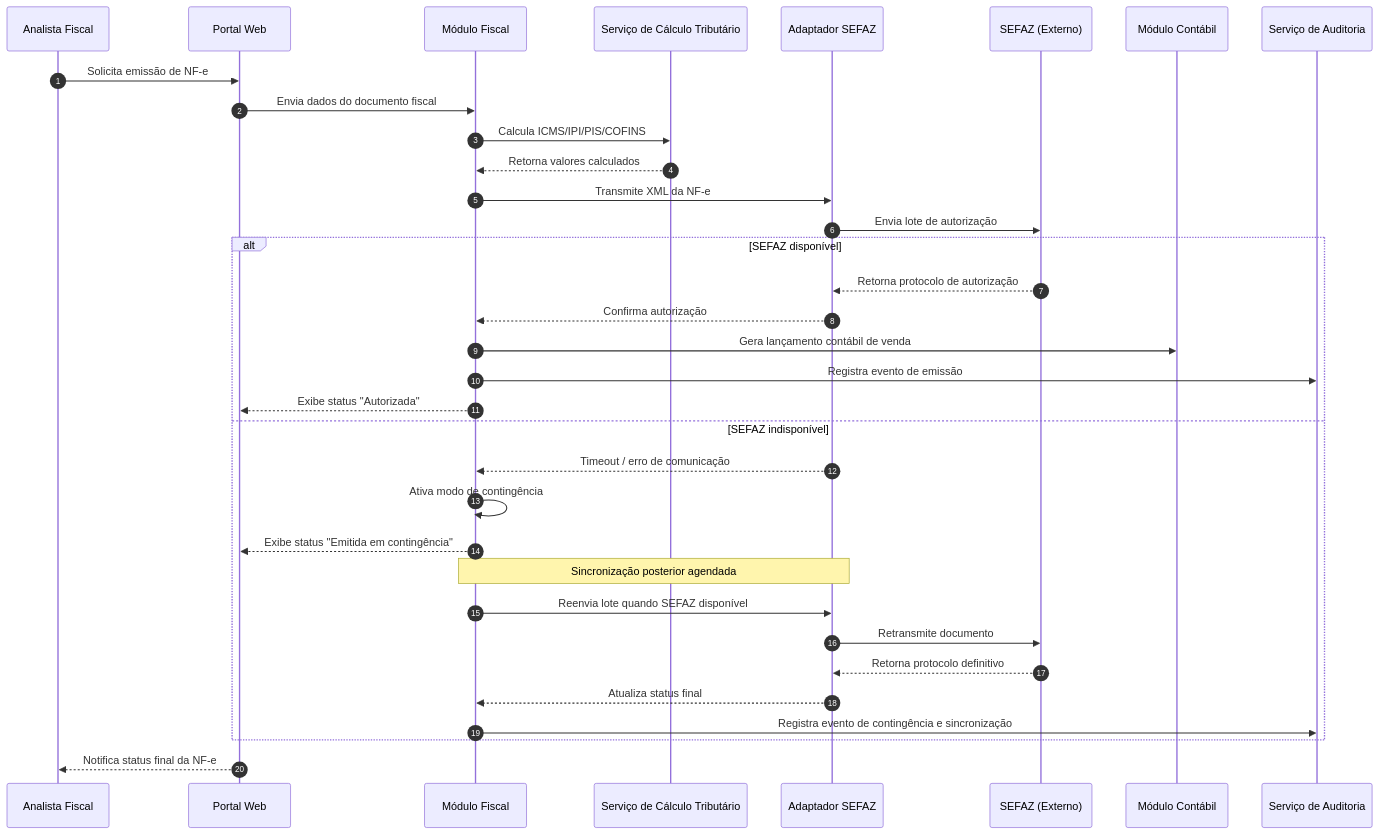
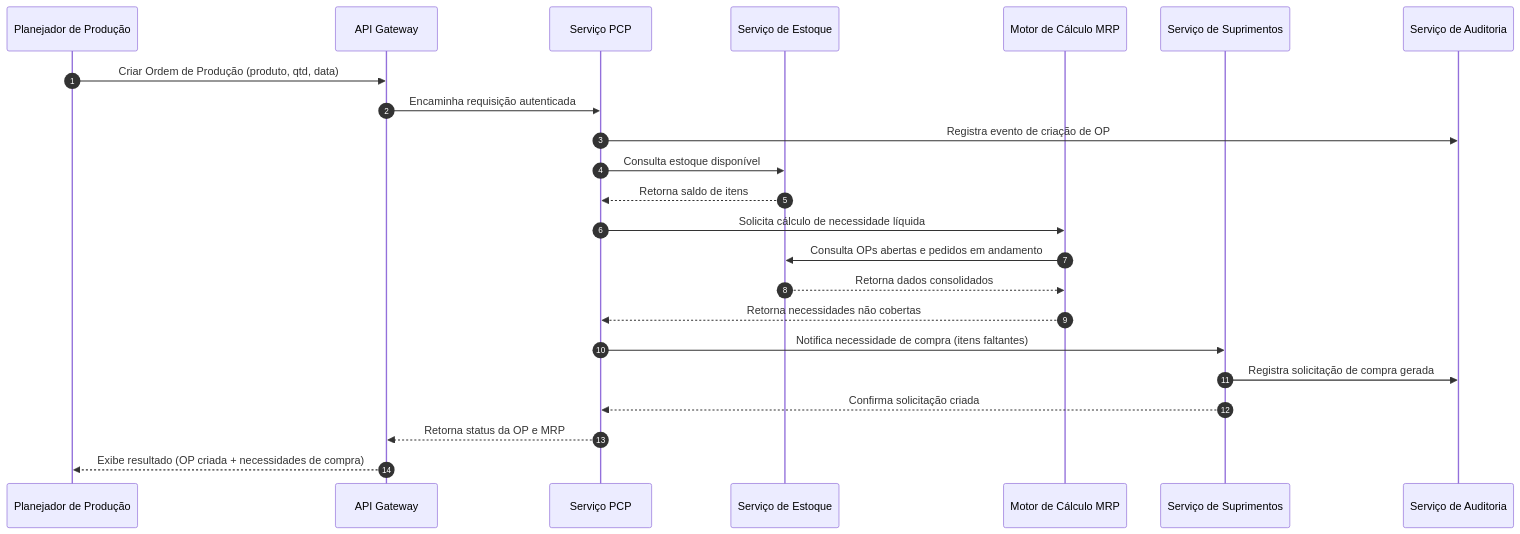
One commit to PDC-ESIA/AI4ES changed the second of 3 diagrams in docs/Time_2_Design/analise-qualitativa/outputs/relatorio_claude_sonnet_5_G03.md. Above: the diagram before and after it, drawn with Mermaid. The commit also changed other lines of this file and 107 other files, not shown here.

````diff
--- a/docs/Time_2_Design/analise-qualitativa/outputs/relatorio_claude_sonnet_5_G03.md
+++ b/docs/Time_2_Design/analise-qualitativa/outputs/relatorio_claude_sonnet_5_G03.md
@@ -113,37 +91,26 @@
 ```mermaid
 sequenceDiagram
     autonumber
-    participant Usuario as Analista Fiscal
-    participant Portal as Portal Web
-    participant Fisc as Módulo Fiscal
-    participant Trib as Serviço de Cálculo Tributário
-    participant Adapt as Adaptador SEFAZ
-    participant Sefaz as SEFAZ (Externo)
-    participant Cont as Módulo Contábil
-    participant Aud as Serviço de Auditoria
+    participant U as Planejador de Produção
+    participant GW as API Gateway
+    participant PCP as Serviço PCP
+    participant EST as Serviço de Estoque
+    participant MRP as Motor de Cálculo MRP
+    participant SUP as Serviço de Suprimentos
+    participant AUD as Serviço de Auditoria
 
-    Usuario->>Portal: Solicita emissão de NF-e
-    Portal->>Fisc: Envia dados do documento fiscal
-    Fisc->>Trib: Calcula ICMS/IPI/PIS/COFINS
-    Trib-->>Fisc: Retorna valores calculados
-    Fisc->>Adapt: Transmite XML da NF-e
-    Adapt->>Sefaz: Envia lote de autorização
-    alt SEFAZ disponível
-        Sefaz-->>Adapt: Retorna protocolo de autorização
-        Adapt-->>Fisc: Confirma autorização
-        Fisc->>Cont: Gera lançamento contábil de venda
-        Fisc->>Aud: Registra evento de emissão
-        Fisc-->>Portal: Exibe status "Autorizada"
-    else SEFAZ indisponível
-        Adapt-->>Fisc: Timeout / erro de comunicação
-        Fisc->>Fisc: Ativa modo de contingência
-        Fisc-->>Portal: Exibe status "Emitida em contingência"
-        Note over Fisc,Adapt: Sincronização posterior agendada
-        Fisc->>Adapt: Reenvia lote quando SEFAZ disponível
-        Adapt->>Sefaz: Retransmite documento
-        Sefaz-->>Adapt: Retorna protocolo definitivo
-        Adapt-->>Fisc: Atualiza status final
-        Fisc->>Aud: Registra evento de contingência e sincronização
-    end
-    Portal-->>Usuario: Notifica status final da NF-e
+    U->>GW: Criar Ordem de Produção (produto, qtd, data)
+    GW->>PCP: Encaminha requisição autenticada
+    PCP->>AUD: Registra evento de criação de OP
+    PCP->>EST: Consulta estoque disponível
+    EST-->>PCP: Retorna saldo de itens
+    PCP->>MRP: Solicita cálculo de necessidade líquida
+    MRP->>EST: Consulta OPs abertas e pedidos em andamento
+    EST-->>MRP: Retorna dados consolidados
+    MRP-->>PCP: Retorna necessidades não cobertas
+    PCP->>SUP: Notifica necessidade de compra (itens faltantes)
+    SUP->>AUD: Registra solicitação de compra gerada
+    SUP-->>PCP: Confirma solicitação criada
+    PCP-->>GW: Retorna status da OP e MRP
+    GW-->>U: Exibe resultado (OP criada + necessidades de compra)
 ```
````
